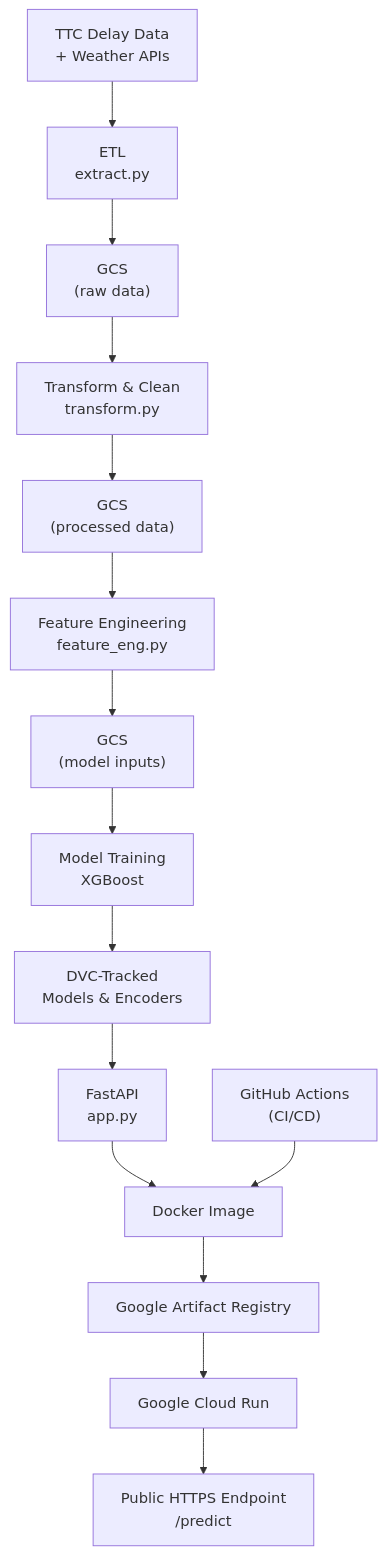
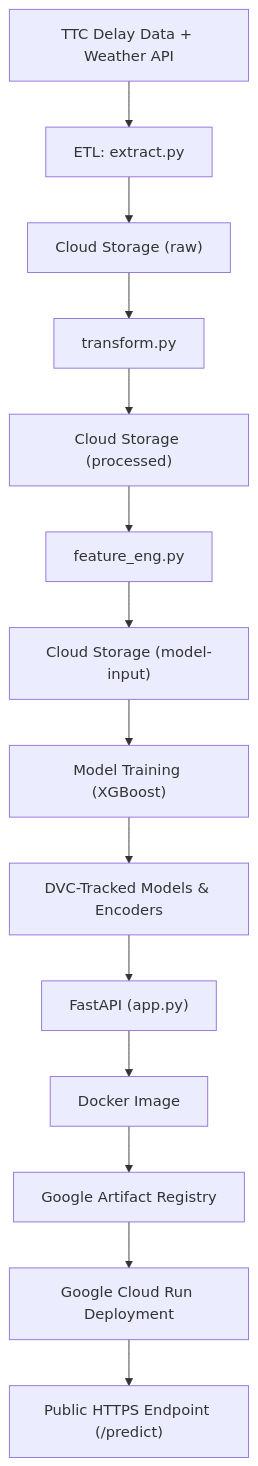
The diagram in README.md (jay-nidumolu/transitx-project), drawn with Mermaid before and after one commit.

````diff
--- a/README.md
+++ b/README.md
@@ -137,25 +137,17 @@
 ```mermaid
-flowchart TB
-
-A["TTC Delay Data<br/>+ Weather APIs"] --> B["ETL<br/>extract.py"]
-B --> C["GCS<br/>(raw data)"]
-
-C --> D["Transform & Clean<br/>transform.py"]
-D --> E["GCS<br/>(processed data)"]
-
-E --> F["Feature Engineering<br/>feature_eng.py"]
-F --> G["GCS<br/>(model inputs)"]
-
-G --> H["Model Training<br/>XGBoost"]
-H --> I["DVC-Tracked<br/>Models & Encoders"]
-
-I --> J["FastAPI<br/>app.py"]
-J --> K["Docker Image"]
-
-K --> L["Google Artifact Registry"]
-L --> M["Google Cloud Run"]
-M --> N["Public HTTPS Endpoint<br/>/predict"]
-
-CI["GitHub Actions<br/>(CI/CD)"] --> K
+    flowchart TB
+    A["TTC Delay Data + Weather API"] --> B["ETL: extract.py"]
+    B --> C["Cloud Storage (raw)"]
+    C --> D["transform.py"]
+    D --> E["Cloud Storage (processed)"]
+    E --> F["feature_eng.py"]
+    F --> G["Cloud Storage (model-input)"]
+    G --> H["Model Training (XGBoost)"]
+    H --> I["DVC-Tracked Models & Encoders"]
+    I --> J["FastAPI (app.py)"]
+    J --> K["Docker Image"]
+    K --> L["Google Artifact Registry"]
+    L --> M["Google Cloud Run Deployment"]
+    M --> N["Public HTTPS Endpoint (/predict)"]
 
 ```
````
